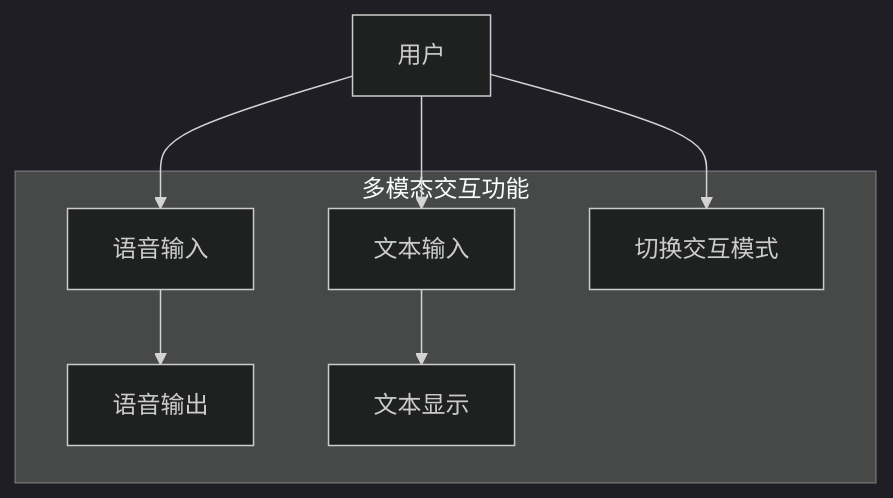
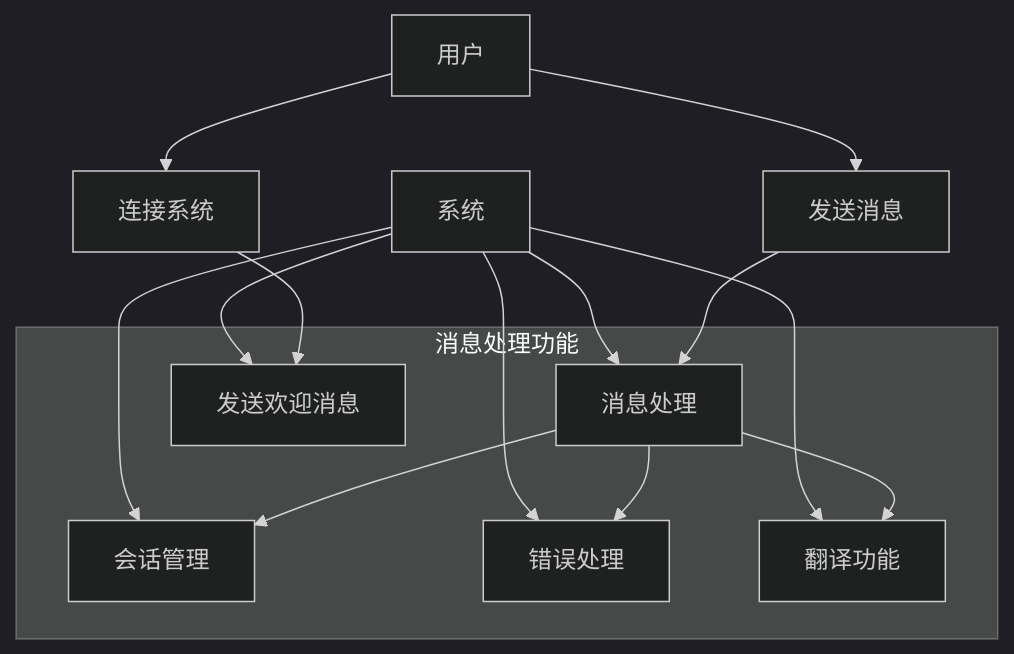
Before and after one commit to Ssl1S/iodraw-files: the diagram in all/未命名.md, drawn with Mermaid (dark theme).

Commit message:
2025-07-18 21:49:14 update

````diff
--- a/all/未命名.md
+++ b/all/未命名.md
@@ -1,17 +1,25 @@
 ```mermaid
   graph TD
-      User[用户] --> VoiceInput[语音输入]
-      User --> TextInput[文本输入]
-      User --> SwitchMode[切换交互模式]
+      User[用户] --> ConnectSystem[连接系统]
+      User --> SendMessage[发送消息]
 
-      VoiceInput --> VoiceOutput[语音输出]
-      TextInput --> TextOutput[文本显示]
+      System[系统] --> MessageProcess[消息处理]
+      System --> SessionManage[会话管理]
+      System --> ErrorHandle[错误处理]
+      System --> Translation[翻译功能]
+      System --> WelcomeMessage[发送欢迎消息]
 
-      subgraph "多模态交互功能"
-          VoiceInput
-          TextInput
-          VoiceOutput
-          TextOutput
-          SwitchMode
+      ConnectSystem --> WelcomeMessage
+      SendMessage --> MessageProcess
+      MessageProcess --> SessionManage
+      MessageProcess --> ErrorHandle
+      MessageProcess --> Translation
+
+      subgraph "消息处理功能"
+          MessageProcess
+          SessionManage
+          ErrorHandle
+          Translation
+          WelcomeMessage
       end
 ```
````
